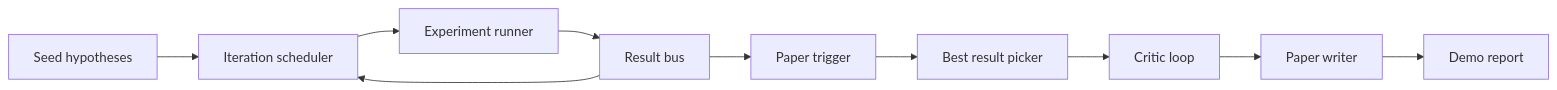
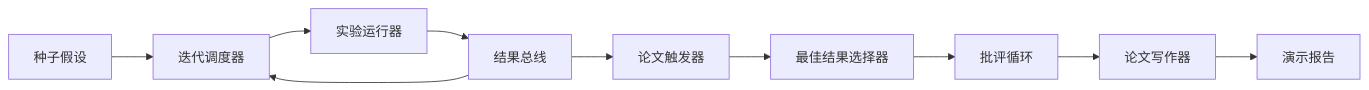
One commit to guangningsun/ailearning changed the first of 3 diagrams in lessons/19-capstone-projects/57-end-to-end-research-demo/docs/zh.md. Above: the diagram before and after it, drawn with Mermaid. The commit also changed other lines of this file and 85 other files, not shown here.

````diff
--- a/lessons/19-capstone-projects/57-end-to-end-research-demo/docs/zh.md
+++ b/lessons/19-capstone-projects/57-end-to-end-research-demo/docs/zh.md
@@ -20,12 +20,12 @@
 ```mermaid
 flowchart LR
-    Seed[Seed hypotheses] --> Sched[Iteration scheduler]
-    Sched --> Exp[Experiment runner]
-    Exp --> Bus[Result bus]
+    Seed[种子假设] --> Sched[迭代调度器]
+    Sched --> Exp[实验运行器]
+    Exp --> Bus[结果总线]
     Bus --> Sched
-    Bus --> Trig[Paper trigger]
-    Trig --> Pick[Best result picker]
-    Pick --> Critic[Critic loop]
-    Critic --> Writer[Paper writer]
-    Writer --> Report[Demo report]
+    Bus --> Trig[论文触发器]
+    Trig --> Pick[最佳结果选择器]
+    Pick --> Critic[批评循环]
+    Critic --> Writer[论文写作器]
+    Writer --> Report[演示报告]
 ```
````
